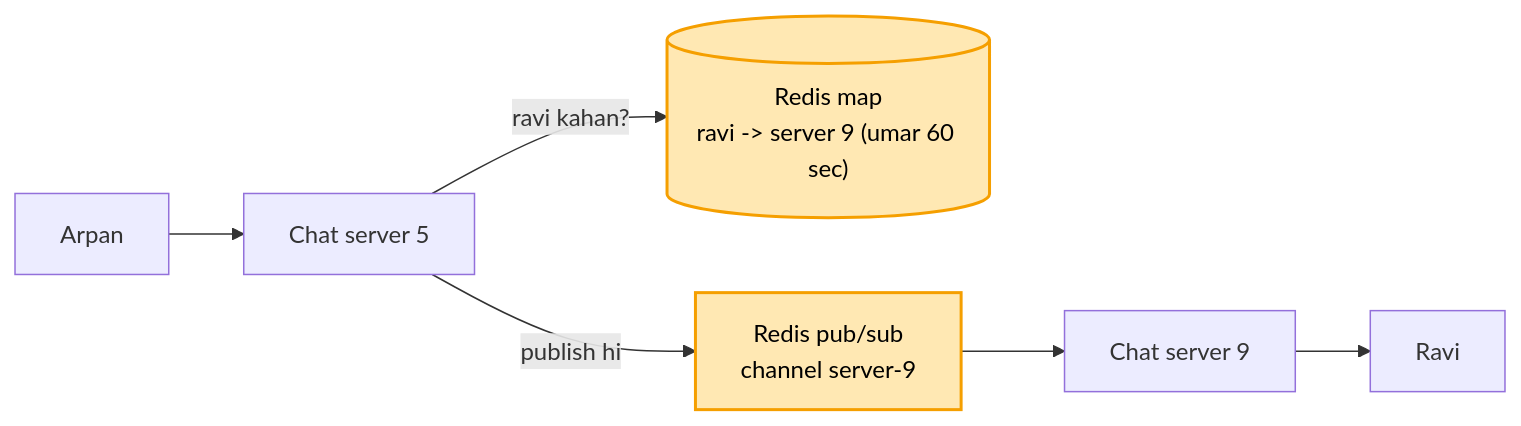
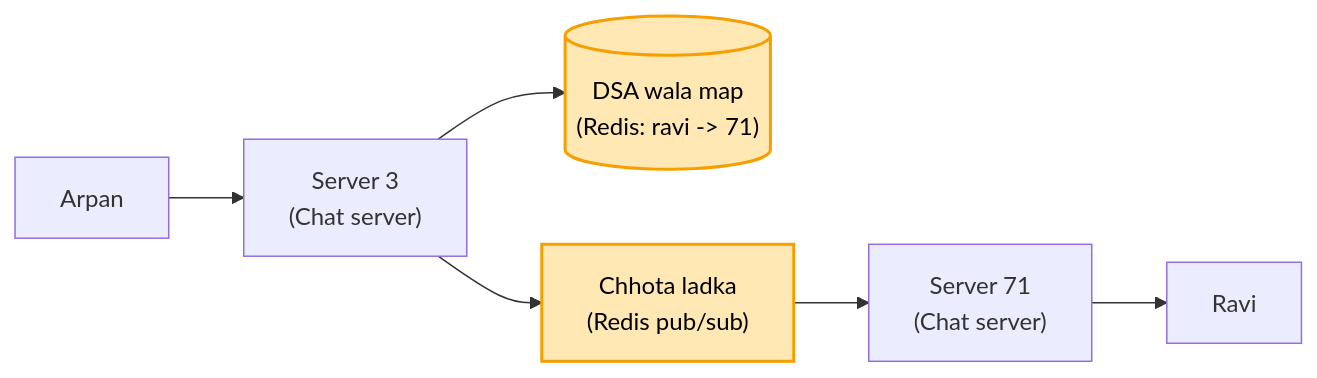
The third of 4 diagrams in 04_HLD/SYSTEM_DESIGNS/14_chat_messaging/14_chat_messaging.md (ArpanMaheshwari144/Prep), drawn with Mermaid before and after one commit. The commit also changed other lines of this file and 13 other files, not shown here.

````diff
--- a/04_HLD/SYSTEM_DESIGNS/14_chat_messaging/14_chat_messaging.md
+++ b/04_HLD/SYSTEM_DESIGNS/14_chat_messaging/14_chat_messaging.md
@@ -174,10 +77,10 @@
 ```mermaid
 flowchart LR
-    A["Arpan"] --> S5["Chat server 5"]
-    S5 -- "ravi kahan?" --> R[("Redis map<br/>ravi -> server 9 (umar 60 sec)")]
-    S5 -- "publish hi" --> PS["Redis pub/sub<br/>channel server-9"]
-    PS --> S9["Chat server 9"]
-    S9 --> RV["Ravi"]
-    style R fill:#ffe8b3,stroke:#f59f00,stroke-width:2px,color:#000
-    style PS fill:#ffe8b3,stroke:#f59f00,stroke-width:2px,color:#000
+    A["Arpan"] --> S3["Server 3<br/>(Chat server)"]
+    S3 --> M[("DSA wala map<br/>(Redis: ravi -> 71)")]
+    S3 --> L["Chhota ladka<br/>(Redis pub/sub)"]
+    L --> S71["Server 71<br/>(Chat server)"]
+    S71 --> R["Ravi"]
+    style M fill:#ffe8b3,stroke:#f59f00,stroke-width:2px,color:#000
+    style L fill:#ffe8b3,stroke:#f59f00,stroke-width:2px,color:#000
 ```
````
